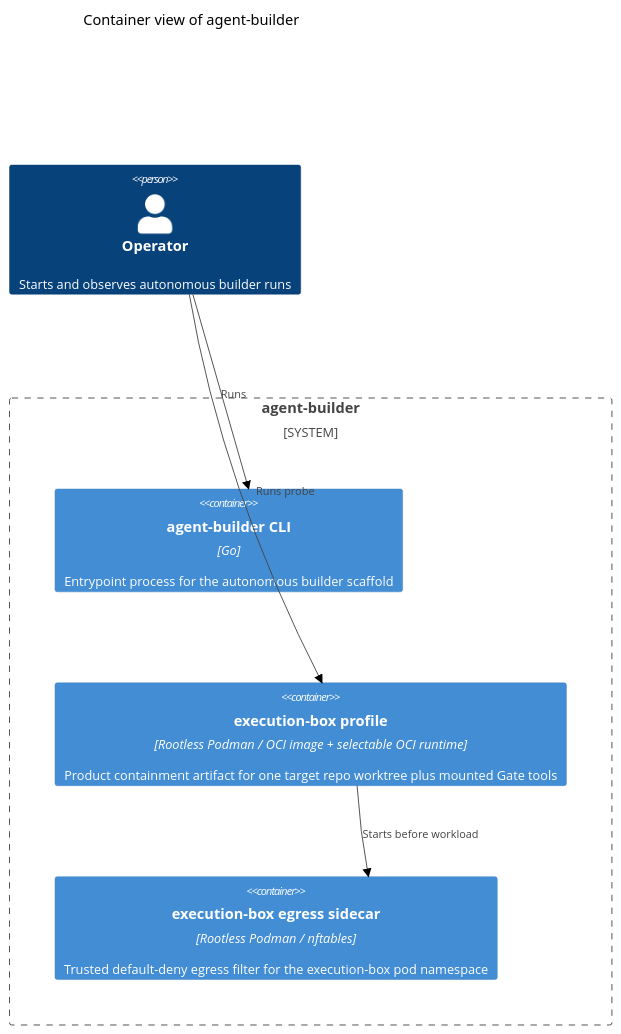
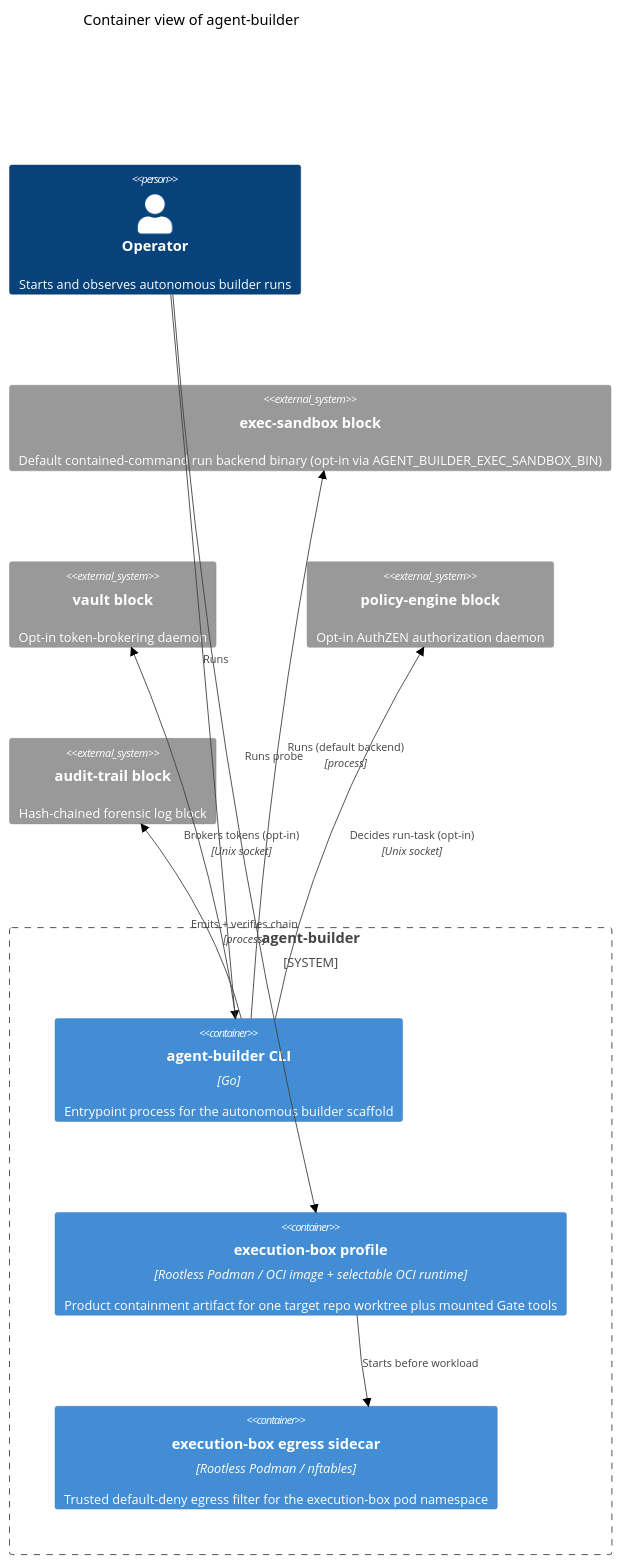
Before and after one commit to tkdtaylor/agent-builder: the second of 4 diagrams in docs/architecture/diagrams.md, drawn with Mermaid (neutral theme). The commit also changed other lines of this file and 6 other files, not shown here.

First line of the commit message:
docs: fix drift across README/diagrams/spec [allow-main]

````diff
--- a/docs/architecture/diagrams.md
+++ b/docs/architecture/diagrams.md
@@ -46,16 +56,25 @@
 ```mermaid
 C4Container
     title Container view of agent-builder
 
     Person(operator, "Operator", "Starts and observes autonomous builder runs")
 
     System_Boundary(boundary, "agent-builder") {
         Container(cli, "agent-builder CLI", "Go", "Entrypoint process for the autonomous builder scaffold")
         Container(execBox, "execution-box profile", "Rootless Podman / OCI image + selectable OCI runtime", "Product containment artifact for one target repo worktree plus mounted Gate tools")
         Container(egressSidecar, "execution-box egress sidecar", "Rootless Podman / nftables", "Trusted default-deny egress filter for the execution-box pod namespace")
     }
 
+    System_Ext(execSandbox, "exec-sandbox block", "Default contained-command run backend binary (opt-in via AGENT_BUILDER_EXEC_SANDBOX_BIN)")
+    System_Ext(vaultBlock, "vault block", "Opt-in token-brokering daemon")
+    System_Ext(policyBlock, "policy-engine block", "Opt-in AuthZEN authorization daemon")
+    System_Ext(auditTrail, "audit-trail block", "Hash-chained forensic log block")
+
     Rel(operator, cli, "Runs")
     Rel(operator, execBox, "Runs probe")
     Rel(execBox, egressSidecar, "Starts before workload")
+    Rel(cli, execSandbox, "Runs (default backend)", "process")
+    Rel(cli, vaultBlock, "Brokers tokens (opt-in)", "Unix socket")
+    Rel(cli, policyBlock, "Decides run-task (opt-in)", "Unix socket")
+    Rel(cli, auditTrail, "Emits + verifies chain", "process")
 ```
````
